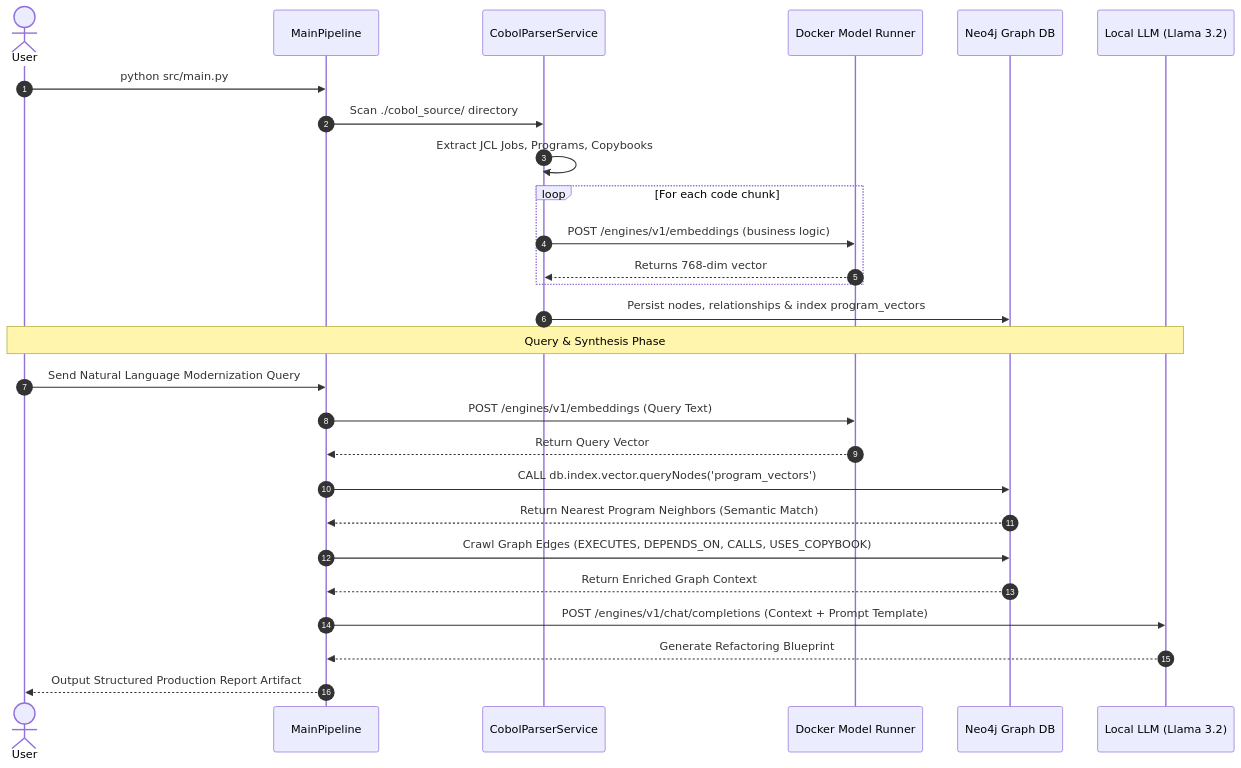
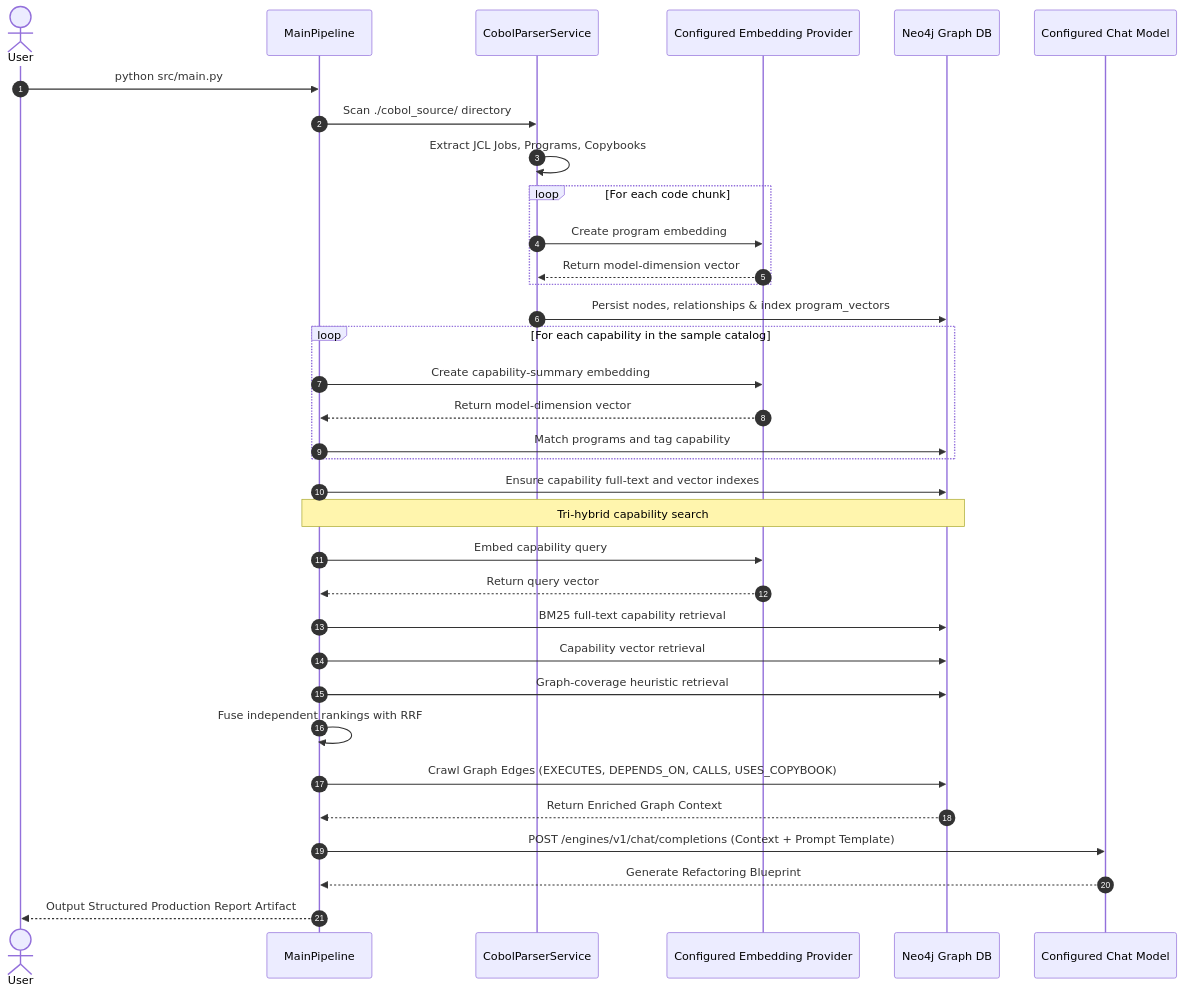
One commit to pritamnikam/cobol-graphrag-modernizer changed the third of 4 diagrams in README.md. Above: the diagram before and after it, drawn with Mermaid. The commit also changed other lines of this file and 8 other files, not shown here.

Commit message:
Implemented tri-hybrid capability discovery: lexical, hurastic & semantic search

````diff
--- a/README.md
+++ b/README.md
@@ -300,37 +343,44 @@
 ```mermaid
 sequenceDiagram
     autonumber
     actor User
     participant Main as MainPipeline
     participant Parser as CobolParserService
-    participant Docker as Docker Model Runner
+    participant Embed as Configured Embedding Provider
     participant Neo4j as Neo4j Graph DB
-    participant LLM as Local LLM (Llama 3.2)
+    participant LLM as Configured Chat Model
 
     User->>Main: python src/main.py
     Main->>Parser: Scan ./cobol_source/ directory
     Parser->>Parser: Extract JCL Jobs, Programs, Copybooks
     
     loop For each code chunk
-        Parser->>Docker: POST /engines/v1/embeddings (business logic)
-        Docker-->>Parser: Returns 768-dim vector
+        Parser->>Embed: Create program embedding
+        Embed-->>Parser: Return model-dimension vector
     end
 
     Parser->>Neo4j: Persist nodes, relationships & index program_vectors
-    
-    Note over User, LLM: Query & Synthesis Phase
-    User->>Main: Send Natural Language Modernization Query
-    Main->>Docker: POST /engines/v1/embeddings (Query Text)
-    Docker-->>Main: Return Query Vector
-    
-    Main->>Neo4j: CALL db.index.vector.queryNodes('program_vectors')
-    Neo4j-->>Main: Return Nearest Program Neighbors (Semantic Match)
+
+    loop For each capability in the sample catalog
+        Main->>Embed: Create capability-summary embedding
+        Embed-->>Main: Return model-dimension vector
+        Main->>Neo4j: Match programs and tag capability
+    end
+    Main->>Neo4j: Ensure capability full-text and vector indexes
+
+    Note over Main, Neo4j: Tri-hybrid capability search
+    Main->>Embed: Embed capability query
+    Embed-->>Main: Return query vector
+    Main->>Neo4j: BM25 full-text capability retrieval
+    Main->>Neo4j: Capability vector retrieval
+    Main->>Neo4j: Graph-coverage heuristic retrieval
+    Main->>Main: Fuse independent rankings with RRF
     
     Main->>Neo4j: Crawl Graph Edges (EXECUTES, DEPENDS_ON, CALLS, USES_COPYBOOK)
     Neo4j-->>Main: Return Enriched Graph Context
     
     Main->>LLM: POST /engines/v1/chat/completions (Context + Prompt Template)
     LLM-->>Main: Generate Refactoring Blueprint
     Main-->>User: Output Structured Production Report Artifact
 
 ```
````
